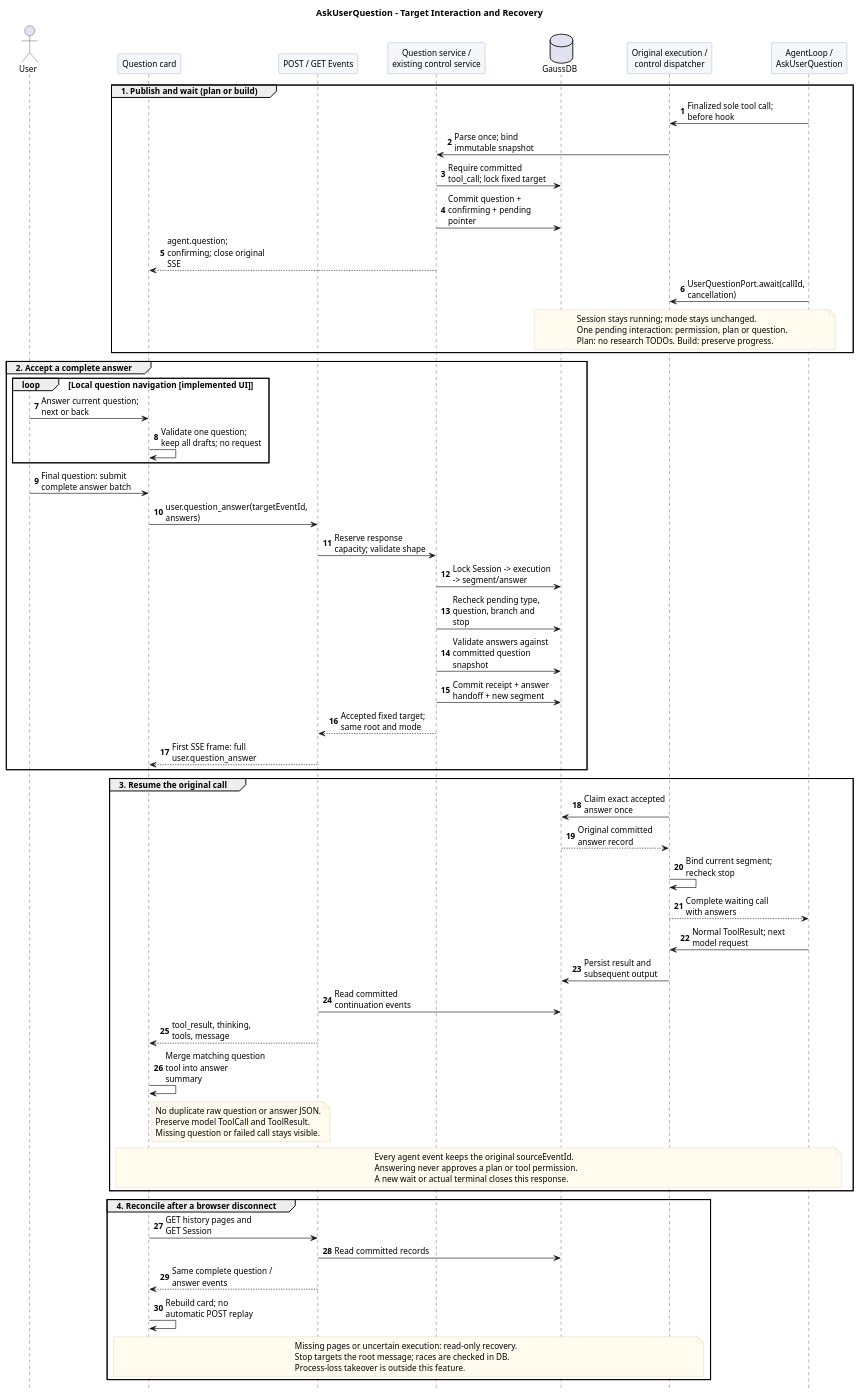
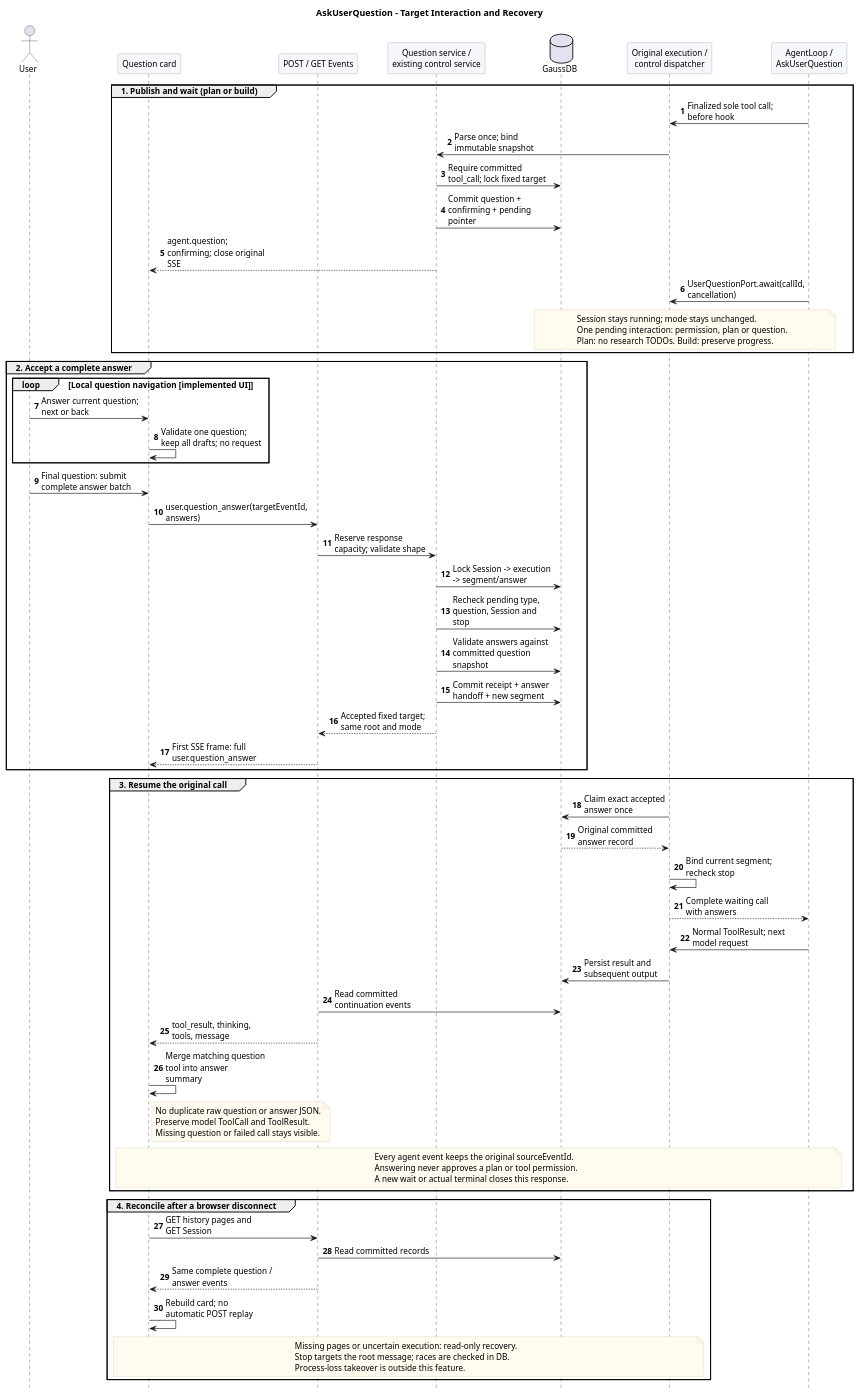
Before and after one commit to ssm0808/pi-mono-java-design: the sixth of 7 diagrams in 01-总体架构/06-CampusClaw计划模式/diagram.puml, drawn with PlantUML. The commit also changed other lines of this file and 26 other files, not shown here.

```diff
--- a/01-总体架构/06-CampusClaw计划模式/diagram.puml
+++ b/01-总体架构/06-CampusClaw计划模式/diagram.puml
@@ -740,95 +740,95 @@
 @startuml ask_user_question_sequence
 skinparam backgroundColor white
 skinparam shadowing false
 skinparam defaultFontName SansSerif
 skinparam defaultFontSize 13
 skinparam sequenceMessageAlign left
 skinparam maxMessageSize 160
 skinparam sequenceParticipantBackgroundColor #F5F7FA
 skinparam sequenceParticipantBorderColor #8496A4
 skinparam noteBackgroundColor #FFFBEF
 skinparam noteBorderColor #D2C6A5
 hide footbox
 autonumber
 ' Java UI baseline: 8c5fda1dde51675859bc9c07e145dbe253656dea, checked 2026-09-18.
 ' Previous baseline: 699f929f6826b595ed1d0162f6def66e2f84760b.
 ' Source: frontend/src/components/QuestionCard.vue :: currentIndex, displayedQuestions, submit.
 ' Source: frontend/src/projectors/runtimeEventProjector.ts :: projectRuntimeEvents.
 ' Codex d58d0e58: codex-rs/tui/src/bottom_pane/request_user_input/mod.rs :: go_next_or_submit.
 ' Observed behavior: question control, one-at-a-time UI and tool activity grouping are implemented.
 ' Source: modules/coding-agent-cli/src/main/java/com/campusclaw/codingagent/runtimeapi/event/RuntimeEventProjector.java :: beginPlanReview, finishConfirmingOutput.
 ' Source: modules/coding-agent-cli/src/main/java/com/campusclaw/codingagent/runtimeapi/event/RuntimeControlEventService.java :: accept.
 ' Source: modules/coding-agent-cli/src/main/java/com/campusclaw/codingagent/runtimeapi/runtime/RuntimeActiveExecution.java :: await, claimAndResumePlanReview, prepareStop.
 ' DeepSeek 0a53fb55bea101816fa226bb964ae2bed71c343b (alpha): packages/interaction/tool-ask-user/src/index.ts :: execute; packages/interaction/user-questions/src/index.ts :: ask.
 ' Observed behavior: tools await decisions and continue through original execution segments.
 ' Design reason: local navigation reduces density; one answer batch preserves existing control authority.
 title AskUserQuestion - Target Interaction and Recovery
 actor User
 participant "Question card" as UI
 participant "POST / GET Events" as API
 participant "Question service /\nexisting control service" as Service
 database GaussDB as DB
 participant "Original execution /\ncontrol dispatcher" as Runtime
 participant "AgentLoop /\nAskUserQuestion" as Tool
 
 group 1. Publish and wait (plan or build)
   Tool -> Runtime : Finalized sole tool call; before hook
   Runtime -> Service : Parse once; bind immutable snapshot
   Service -> DB : Require committed tool_call; lock fixed target
   Service -> DB : Commit question + confirming + pending pointer
   Service --> UI : agent.question; confirming; close original SSE
   Tool -> Runtime : UserQuestionPort.await(callId, cancellation)
   note over DB,Tool
     Session stays running; mode stays unchanged.
     One pending interaction: permission, plan or question.
     Plan: no research TODOs. Build: preserve progress.
   end note
 end
 group 2. Accept a complete answer
   loop Local question navigation [implemented UI]
     User -> UI : Answer current question; next or back
     UI -> UI : Validate one question; keep all drafts; no request
   end
   User -> UI : Final question: submit complete answer batch
   UI -> API : user.question_answer(targetEventId, answers)
   API -> Service : Reserve response capacity; validate shape
   Service -> DB : Lock Session -> execution -> segment/answer
-  Service -> DB : Recheck pending type, question, branch and stop
+  Service -> DB : Recheck pending type, question, Session and stop
   Service -> DB : Validate answers against committed question snapshot
   Service -> DB : Commit receipt + answer handoff + new segment
   Service --> API : Accepted fixed target; same root and mode
   API --> UI : First SSE frame: full user.question_answer
 end
 group 3. Resume the original call
   Runtime -> DB : Claim exact accepted answer once
   DB --> Runtime : Original committed answer record
   Runtime -> Runtime : Bind current segment; recheck stop
   Runtime --> Tool : Complete waiting call with answers
   Tool -> Runtime : Normal ToolResult; next model request
   Runtime -> DB : Persist result and subsequent output
   API -> DB : Read committed continuation events
   API --> UI : tool_result, thinking, tools, message
   UI -> UI : Merge matching question tool into answer summary
   note right of UI
     No duplicate raw question or answer JSON.
     Preserve model ToolCall and ToolResult.
     Missing question or failed call stays visible.
   end note
   note over UI,Tool
     Every agent event keeps the original sourceEventId.
     Answering never approves a plan or tool permission.
     A new wait or actual terminal closes this response.
   end note
 end
 group 4. Reconcile after a browser disconnect
   UI -> API : GET history pages and GET Session
   API -> DB : Read committed records
   API --> UI : Same complete question / answer events
   UI -> UI : Rebuild card; no automatic POST replay
   note over UI,Runtime
     Missing pages or uncertain execution: read-only recovery.
     Stop targets the root message; races are checked in DB.
     Process-loss takeover is outside this feature.
   end note
 end
 @enduml
```
